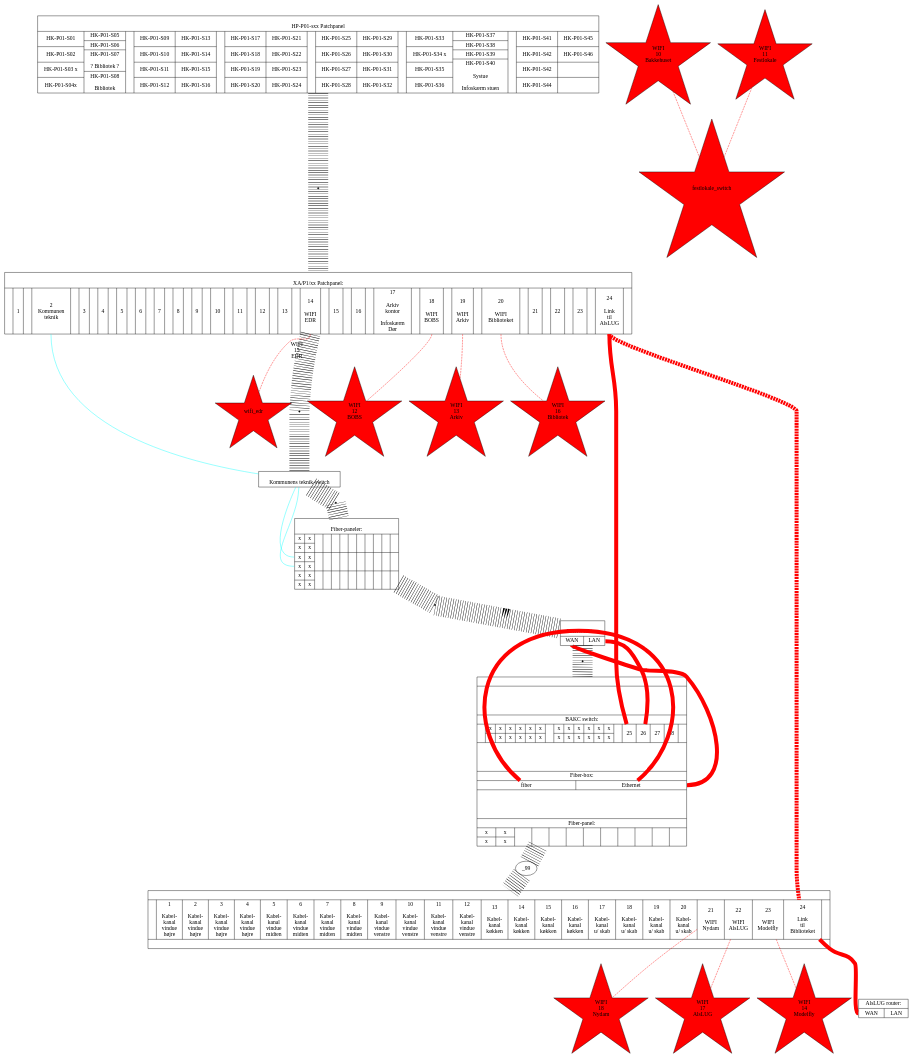
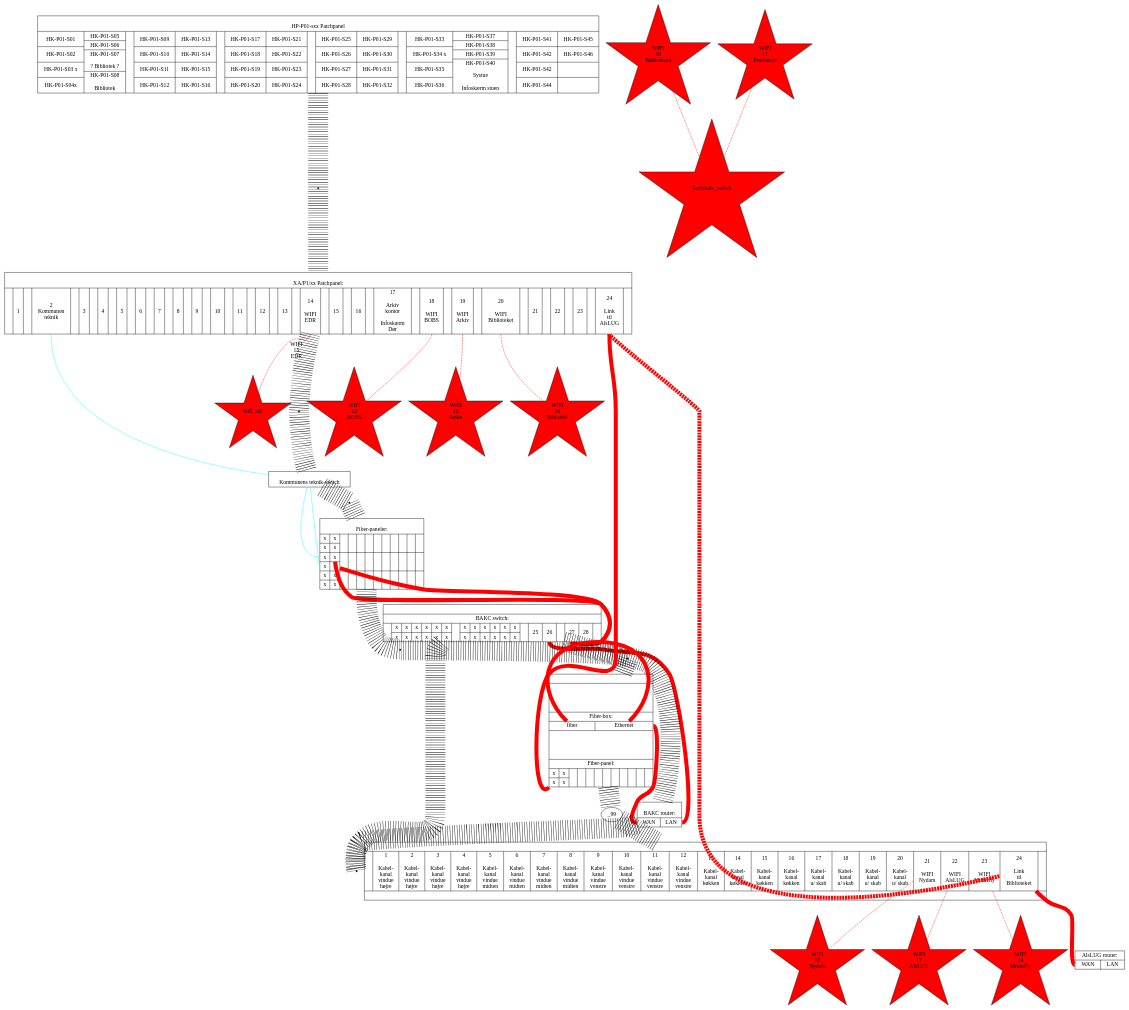
The diagram in projekter/patch-paneler.dot (alslug/alslug.dk), drawn with Graphviz before and after one commit.

```diff
--- a/projekter/patch-paneler.dot
+++ b/projekter/patch-paneler.dot
@@ -142,16 +142,17 @@
 					\nBAKC router:|
 					{<wan> WAN|<lan> LAN}
 				}" ];
-    node [ shape=point ];
-    hk_p01 -> _1 -> xa_p1 -> _2 -> kommunens_teknikswitch -> _3 -> bib_fiberpaneler_1 -> _4 -> bakc_router -> _5 -> bib_skab [ penwidth=50 style=dotted ];
-  }
-  bib_skab [ shape=record label="{
-					|\n\n\n\n|BAKC switch:|
+    bib_switch [ shape=record label="{\n|BAKC switch:|
 					{
 						|{x|x}|{x|x}|{x|x}|{x|x}|{x|x}|{x|x}|
 						|{x|x}|{x|x}|{x|x}|{x|x}|{x|x}|{x|x}|
-						|<switch_25> 25|<switch_26> 26|27|<switch_fiber> 28|
+						|<25> 25|<26> 26||<fiber_1> 27|<fiber_2> 28|
 					}
+				}" ];
+    node [ shape=point ];
+    hk_p01 -> _1 -> xa_p1 -> _2 -> kommunens_teknikswitch -> _3 -> bib_fiberpaneler_1 -> _4 -> bakc_router -> _5 -> bib_switch -> _6 -> bib_skab [ penwidth=50 style=dotted ];
+  }
+  bib_skab [ shape=record label="{
 					|\n\n\n\n|Fiber-box:|
 					{<stofabox_fiber> fiber|<stofabox_ethernet> Ethernet}
 					|\n\n\n\n|Fiber-panel:|
@@ -216,8 +217,10 @@
   alslug_router [ shape=record label="{AlsLUG router:|{<wan> WAN|<lan> LAN}}" ];
   
   bib_skab:stofabox_ethernet -> bakc_router:wan [ color=red penwidth=10 ];
-  bakc_router:lan -> bib_skab:switch_26 [ color=red penwidth=10 ];
-
+  bakc_router:lan -> bib_switch:26 [ color=red penwidth=10 ];
+  bib_fiberpaneler_1:festlokale_fiber_1 -> bib_switch:fiber_1 [ color=red penwidth=10 ];
+  bib_fiberpaneler_1:festlokale_fiber_2 -> bib_switch:fiber_1 [ color=red penwidth=10 ];
+ 
   { # Ruckus accesspoints
     node [shape=star style=filled fillcolor=red ];
     edge [ color=red penwidth=1 style=dashed ];
```
